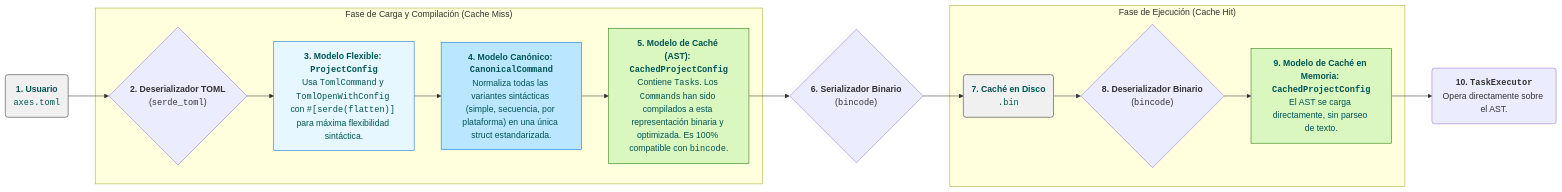
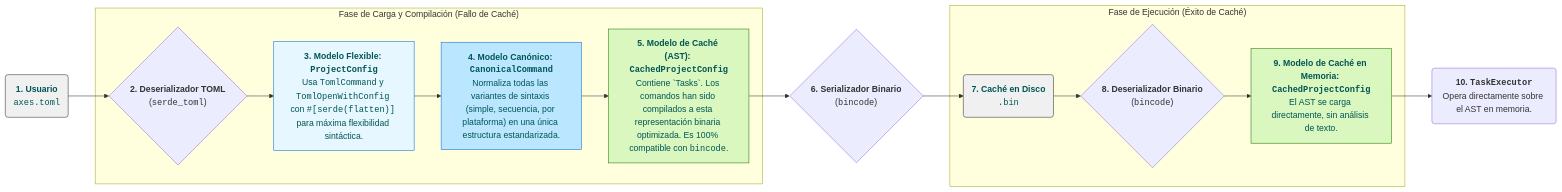
One commit to RetypeOS/axes changed the third of 3 diagrams in docs/es/TECHNICAL.md. Above: the diagram before and after it, drawn with Mermaid. The commit also changed other lines of this file and 17 other files, not shown here.

````diff
--- a/docs/es/TECHNICAL.md
+++ b/docs/es/TECHNICAL.md
@@ -189,27 +192,27 @@
 ```mermaid
 graph LR
     A("<b>1. Usuario</b><br><code>axes.toml</code>") --> B{"<b>2. Deserializador TOML</b><br>(<code>serde_toml</code>)"};
     
-    subgraph "Fase de Carga y Compilación (Cache Miss)"
+    subgraph "Fase de Carga y Compilación (Fallo de Caché)"
         B --> C["<b>3. Modelo Flexible: <code>ProjectConfig</code></b><br>Usa <code>TomlCommand</code> y <code>TomlOpenWithConfig</code> con <code>#[serde(flatten)]</code> para máxima flexibilidad sintáctica."];
-        C --> D["<b>4. Modelo Canónico: <code>CanonicalCommand</code></b><br>Normaliza todas las variantes sintácticas (simple, secuencia, por plataforma) en una única struct estandarizada."];
-        D --> E["<b>5. Modelo de Caché (AST): <code>CachedProjectConfig</code></b><br>Contiene <code>Task</code>s. Los <code>Command</code>s han sido compilados a esta representación binaria y optimizada. Es 100% compatible con <code>bincode</code>."];
+        C --> D["<b>4. Modelo Canónico: <code>CanonicalCommand</code></b><br>Normaliza todas las variantes de sintaxis (simple, secuencia, por plataforma) en una única estructura estandarizada."];
+        D --> E["<b>5. Modelo de Caché (AST): <code>CachedProjectConfig</code></b><br>Contiene `Tasks`. Los comandos han sido compilados a esta representación binaria optimizada. Es 100% compatible con <code>bincode</code>."];
     end
-
+    
     E --> F{"<b>6. Serializador Binario</b><br>(<code>bincode</code>)"};
     F --> G("<b>7. Caché en Disco</b><br><code>.bin</code>");
 
-    subgraph "Fase de Ejecución (Cache Hit)"
+    subgraph "Fase de Ejecución (Éxito de Caché)"
         G --> H{"<b>8. Deserializador Binario</b><br>(<code>bincode</code>)"};
-        H --> I["<b>9. Modelo de Caché en Memoria: <code>CachedProjectConfig</code></b><br>El AST se carga directamente, sin parseo de texto."];
+        H --> I["<b>9. Modelo de Caché en Memoria: <code>CachedProjectConfig</code></b><br>El AST se carga directamente, sin análisis de texto."];
     end
     
-    I --> J("<b>10. <code>TaskExecutor</code></b><br>Opera directamente sobre el AST.");
+    I --> J("<b>10. <code>TaskExecutor</code></b><br>Opera directamente sobre el AST en memoria.");
 
     style A fill:#f0f0f0,stroke:#333,color:#055
     style G fill:#f0f0f0,stroke:#333,color:#055
     style C fill:#e6f7ff,stroke:#096dd9,color:#055
     style D fill:#bae7ff,stroke:#096dd9,color:#055
     style E fill:#d9f7be,stroke:#237804,color:#055
     style I fill:#d9f7be,stroke:#237804,color:#055
 ```
````
